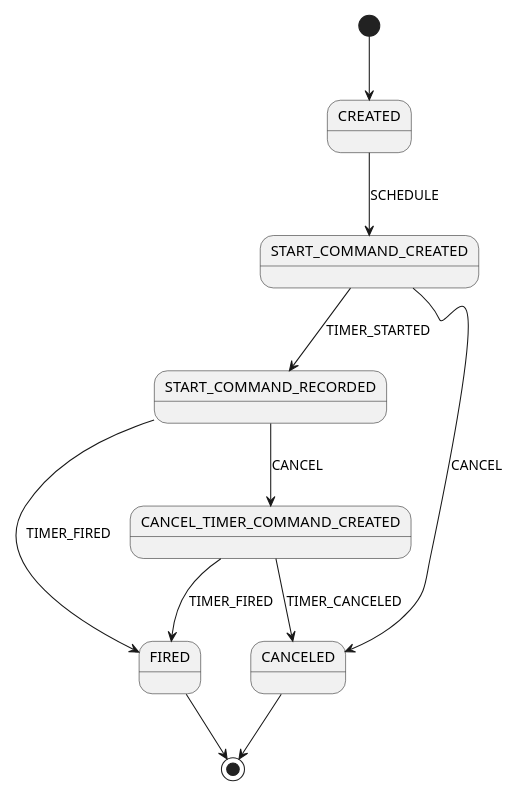
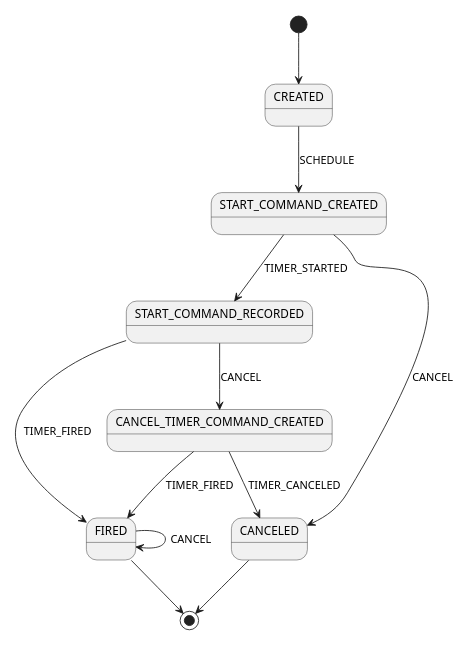
One commit to mfateev/temporal-java-sdk changed the diagram in src/main/java/io/temporal/internal/csm/TimerCommands.puml. Above: the diagram before and after it, drawn with PlantUML. The commit also changed 19 other files, not shown here.

```diff
--- a/src/main/java/io/temporal/internal/csm/TimerCommands.puml
+++ b/src/main/java/io/temporal/internal/csm/TimerCommands.puml
@@ -21,13 +21,14 @@
 @startuml
 scale 350 width
 [*] --> CREATED
 CREATED --> START_COMMAND_CREATED: SCHEDULE
 START_COMMAND_CREATED --> START_COMMAND_RECORDED: TIMER_STARTED
 START_COMMAND_CREATED --> CANCELED: CANCEL
 START_COMMAND_RECORDED --> FIRED: TIMER_FIRED
 START_COMMAND_RECORDED --> CANCEL_TIMER_COMMAND_CREATED: CANCEL
 CANCEL_TIMER_COMMAND_CREATED --> CANCELED: TIMER_CANCELED
 CANCEL_TIMER_COMMAND_CREATED --> FIRED: TIMER_FIRED
+FIRED --> FIRED: CANCEL
 FIRED --> [*]
 CANCELED --> [*]
 @enduml
```
